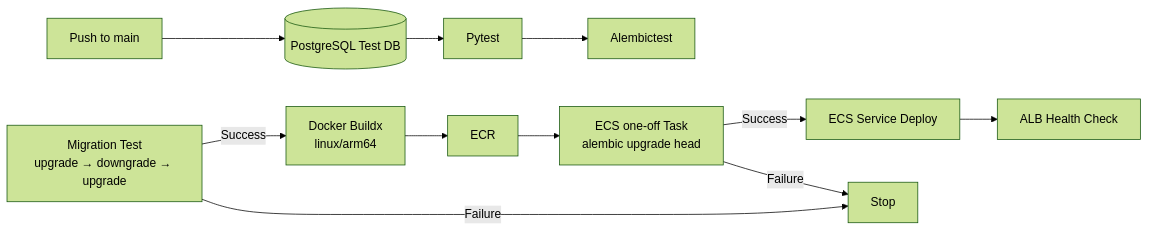
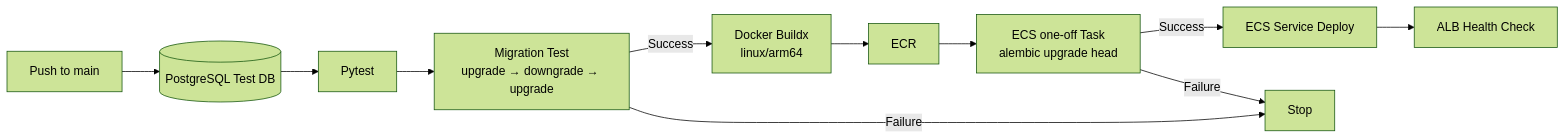
Before and after one commit to Rintaro58511/rin_task-app_2nd: the second of 2 diagrams in README.md, drawn with Mermaid (forest theme).

Commit message:
readmeの修正

````diff
--- a/README.md
+++ b/README.md
@@ -97,23 +97,23 @@
 ``` mermaid
 flowchart LR
     Push[Push to main]
     TestDB[(PostgreSQL Test DB)]
     Pytest[Pytest]
     AlembicTest["Migration Test<br/>upgrade → downgrade → upgrade"]
     Build[Docker Buildx<br/>linux/arm64]
     ECR[ECR]
     Migration["ECS one-off Task<br/>alembic upgrade head"]
     ECS[ECS Service Deploy]
     Health[ALB Health Check]
 
     Push --> TestDB
     TestDB --> Pytest
-    Pytest --> Alembictest
+    Pytest --> AlembicTest
     AlembicTest -->|Success| Build
     AlembicTest -->|Failure| Stop[Stop]
     Build --> ECR
     ECR --> Migration
     Migration --> |Success| ECS
     Migration --> |Failure| Stop[Stop]
     ECS --> Health
 ```
````
